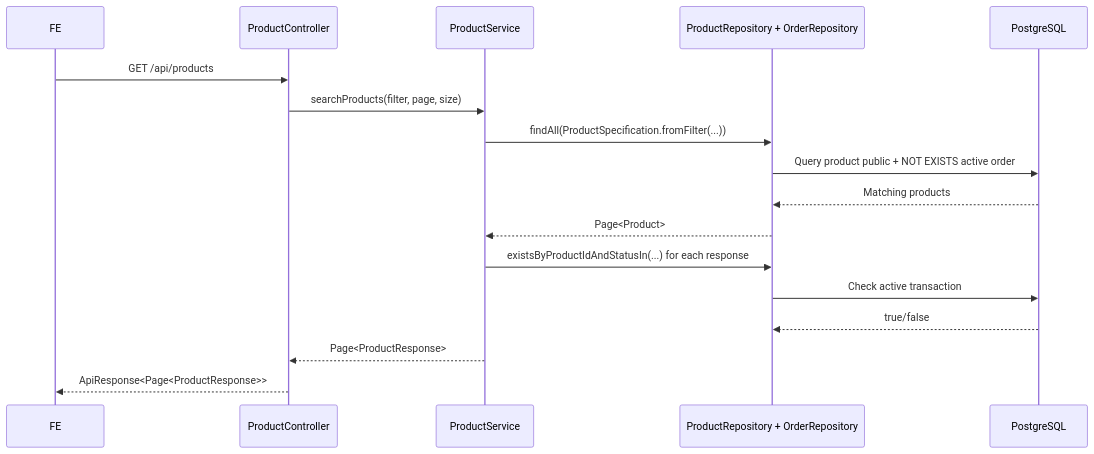
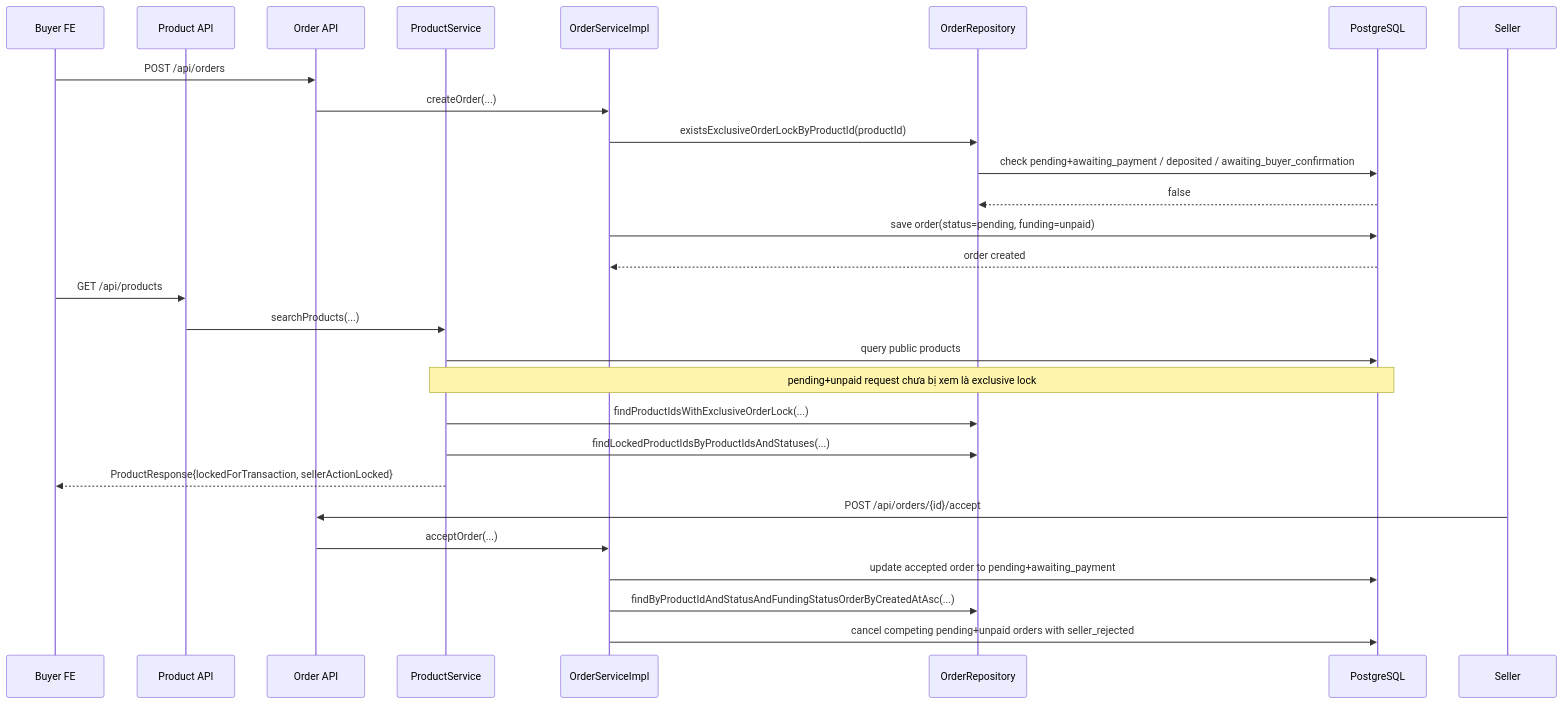
Before and after one commit to HoaTran29/BE_old_bicycle_project: the diagram in old_bicycle_project/docs/knowledge/product-transaction-lock-visibility-basics-2026-03-18.md, drawn with Mermaid. The commit also changed other lines of this file and 10 other files, not shown here.

First line of the commit message:
feat(order): implement multi-buyer request system with exclusive transaction locks

````diff
--- a/old_bicycle_project/docs/knowledge/product-transaction-lock-visibility-basics-2026-03-18.md
+++ b/old_bicycle_project/docs/knowledge/product-transaction-lock-visibility-basics-2026-03-18.md
@@ -59,20 +96,32 @@
 ```mermaid
 sequenceDiagram
-    participant Client as FE
-    participant Controller as ProductController
-    participant Service as ProductService
-    participant Repo as ProductRepository + OrderRepository
+    participant Buyer as Buyer FE
+    participant ProductApi as Product API
+    participant OrderApi as Order API
+    participant ProductService as ProductService
+    participant OrderService as OrderServiceImpl
+    participant OrderRepo as OrderRepository
     participant DB as PostgreSQL
 
-    Client->>Controller: GET /api/products
-    Controller->>Service: searchProducts(filter, page, size)
-    Service->>Repo: findAll(ProductSpecification.fromFilter(...))
-    Repo->>DB: Query product public + NOT EXISTS active order
-    DB-->>Repo: Matching products
-    Repo-->>Service: Page<Product>
-    Service->>Repo: existsByProductIdAndStatusIn(...) for each response
-    Repo->>DB: Check active transaction
-    DB-->>Repo: true/false
-    Service-->>Controller: Page<ProductResponse>
-    Controller-->>Client: ApiResponse<Page<ProductResponse>>
+    Buyer->>OrderApi: POST /api/orders
+    OrderApi->>OrderService: createOrder(...)
+    OrderService->>OrderRepo: existsExclusiveOrderLockByProductId(productId)
+    OrderRepo->>DB: check pending+awaiting_payment / deposited / awaiting_buyer_confirmation
+    DB-->>OrderRepo: false
+    OrderService->>DB: save order(status=pending, funding=unpaid)
+    DB-->>OrderService: order created
+
+    Buyer->>ProductApi: GET /api/products
+    ProductApi->>ProductService: searchProducts(...)
+    ProductService->>DB: query public products
+    Note over ProductService,DB: pending+unpaid request chưa bị xem là exclusive lock
+    ProductService->>OrderRepo: findProductIdsWithExclusiveOrderLock(...)
+    ProductService->>OrderRepo: findLockedProductIdsByProductIdsAndStatuses(...)
+    ProductService-->>Buyer: ProductResponse{lockedForTransaction, sellerActionLocked}
+
+    Seller->>OrderApi: POST /api/orders/{id}/accept
+    OrderApi->>OrderService: acceptOrder(...)
+    OrderService->>DB: update accepted order to pending+awaiting_payment
+    OrderService->>OrderRepo: findByProductIdAndStatusAndFundingStatusOrderByCreatedAtAsc(...)
+    OrderService->>DB: cancel competing pending+unpaid orders with seller_rejected
 ```
````
